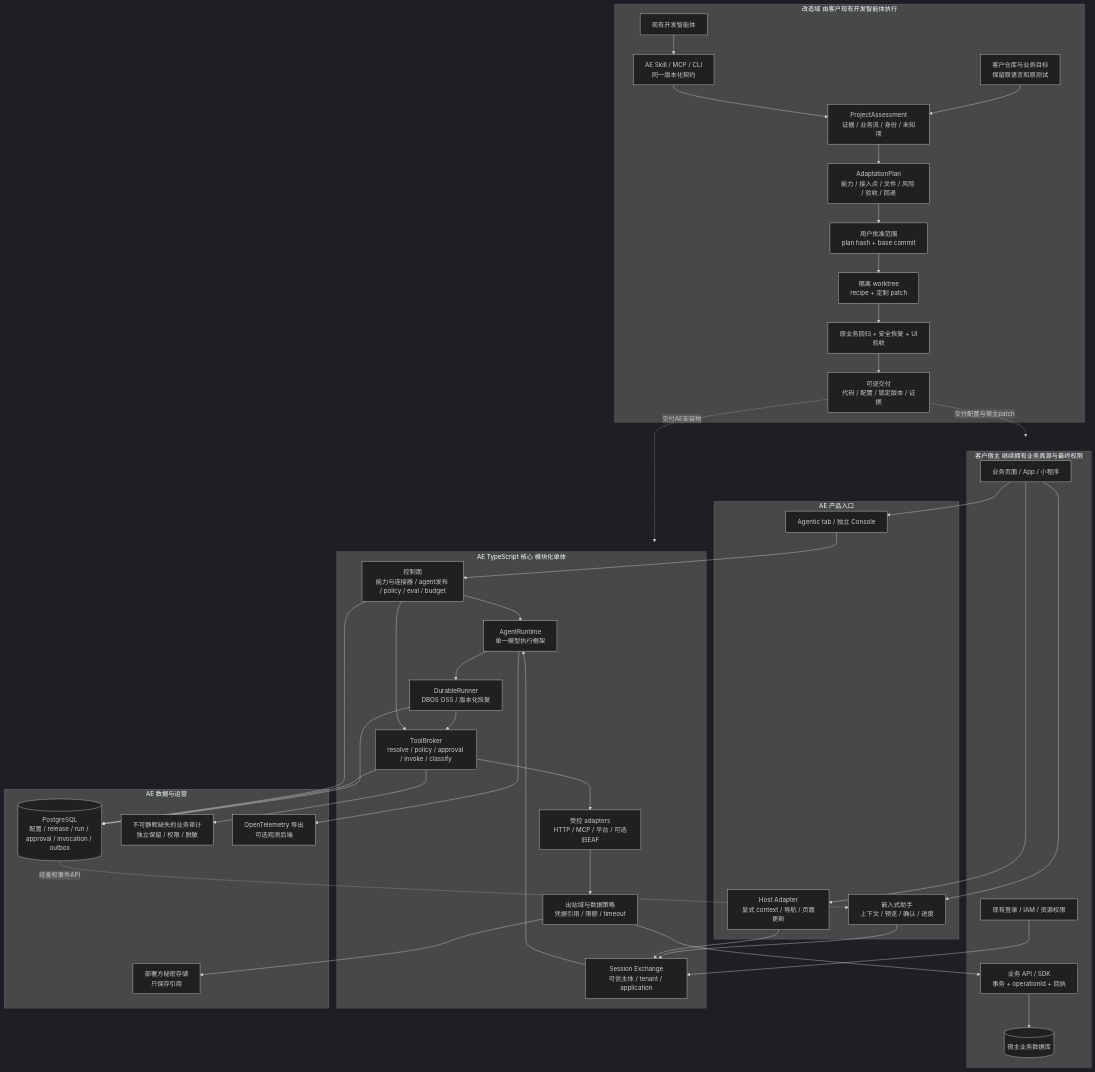
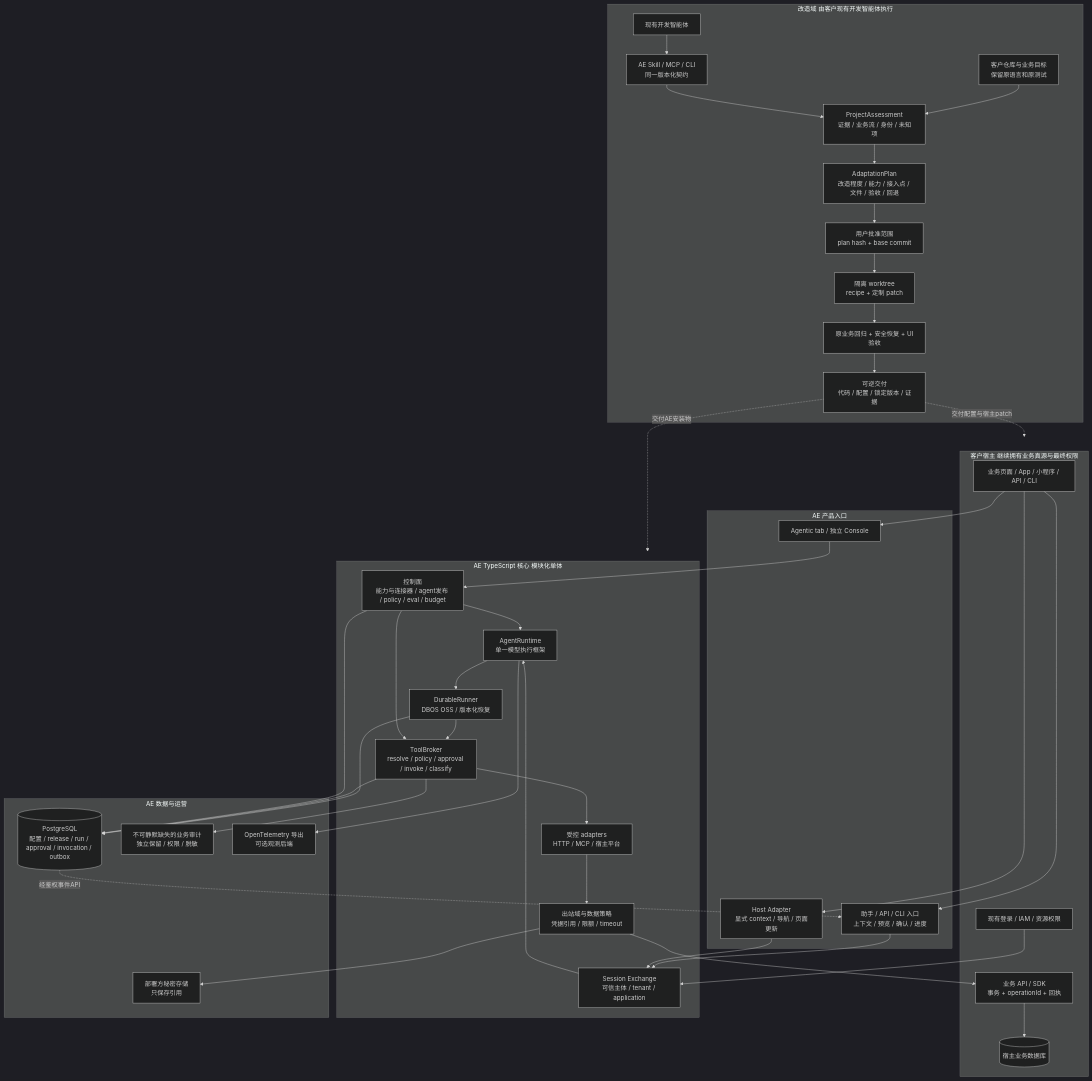
One commit to xinzhuwang-wxz/agentic-everything changed the first of 4 diagrams in IMPLEMENTATION_PLAN.md. Above: the diagram before and after it, drawn with Mermaid (dark theme). The commit also changed other lines of this file and 1 other file, not shown here.

Commit message:
docs: define native AE identity and universal adaptation scope

````diff
--- a/IMPLEMENTATION_PLAN.md
+++ b/IMPLEMENTATION_PLAN.md
@@ -137,64 +141,64 @@
 ```mermaid
 flowchart TB
   subgraph TRANSFORM["改造域  由客户现有开发智能体执行"]
     DEV["现有开发智能体"] --> DIST["AE Skill / MCP / CLI<br/>同一版本化契约"]
     REPO["客户仓库与业务目标<br/>保留原语言和原测试"] --> ASSESS["ProjectAssessment<br/>证据 / 业务流 / 身份 / 未知项"]
     DIST --> ASSESS
-    ASSESS --> PLAN["AdaptationPlan<br/>能力 / 接入点 / 文件 / 风险 / 验收 / 回退"]
+    ASSESS --> PLAN["AdaptationPlan<br/>改造程度 / 能力 / 接入点 / 文件 / 验收 / 回退"]
     PLAN --> GRANT["用户批准范围<br/>plan hash + base commit"]
     GRANT --> PATCH["隔离 worktree<br/>recipe + 定制 patch"]
     PATCH --> VERIFY["原业务回归 + 安全恢复 + UI验收"]
     VERIFY --> PACKAGE["可逆交付<br/>代码 / 配置 / 锁定版本 / 证据"]
   end
   subgraph HOST["客户宿主  继续拥有业务真源与最终权限"]
-    PAGE["业务页面 / App / 小程序"]
+    PAGE["业务页面 / App / 小程序 / API / CLI"]
     AUTH["现有登录 / IAM / 资源权限"]
     API["业务 API / SDK<br/>事务 + operationId + 回执"]
     HDB[("宿主业务数据库")]
     API --> HDB
   end
   subgraph SURFACE["AE 产品入口"]
     TAB["Agentic tab / 独立 Console"]
-    CHAT["嵌入式助手<br/>上下文 / 预览 / 确认 / 进度"]
+    CHAT["助手 / API / CLI 入口<br/>上下文 / 预览 / 确认 / 进度"]
     BRIDGE["Host Adapter<br/>显式 context / 导航 / 页面更新"]
   end
   subgraph CORE["AE TypeScript 核心  模块化单体"]
     SESSION["Session Exchange<br/>可信主体 / tenant / application"]
     CONTROL["控制面<br/>能力与连接器 / agent发布 / policy / eval / budget"]
     RUN["AgentRuntime<br/>单一模型执行框架"]
     DURABLE["DurableRunner<br/>DBOS OSS / 版本化恢复"]
     BROKER["ToolBroker<br/>resolve / policy / approval / invoke / classify"]
-    ADAPTER["受控 adapters<br/>HTTP / MCP / 平台 / 可选旧EAF"]
+    ADAPTER["受控 adapters<br/>HTTP / MCP / 宿主平台"]
     EGRESS["出站域与数据策略<br/>凭据引用 / 限额 / timeout"]
   end
   subgraph DATA["AE 数据与运营"]
     PG[("PostgreSQL<br/>配置 / release / run / approval / invocation / outbox")]
     SECRETS["部署方秘密存储<br/>只保存引用"]
     AUDIT["不可静默缺失的业务审计<br/>独立保留 / 权限 / 脱敏"]
     TELEMETRY["OpenTelemetry 导出<br/>可选观测后端"]
   end
   PACKAGE -.交付配置与宿主patch.-> HOST
   PACKAGE -.交付AE安装物.-> CORE
   PAGE --> TAB
   PAGE --> CHAT
   PAGE --> BRIDGE
   AUTH --> SESSION
   TAB --> CONTROL
   CHAT --> SESSION
   BRIDGE --> SESSION
   SESSION --> RUN
   CONTROL --> RUN
   RUN --> DURABLE
   DURABLE --> BROKER
   CONTROL --> BROKER
   BROKER --> ADAPTER
   ADAPTER --> EGRESS
   EGRESS --> API
   EGRESS --> SECRETS
   DURABLE --> PG
   BROKER --> PG
   CONTROL --> PG
   BROKER --> AUDIT
   RUN --> TELEMETRY
   PG -.经鉴权事件API.-> CHAT
 ```
````
